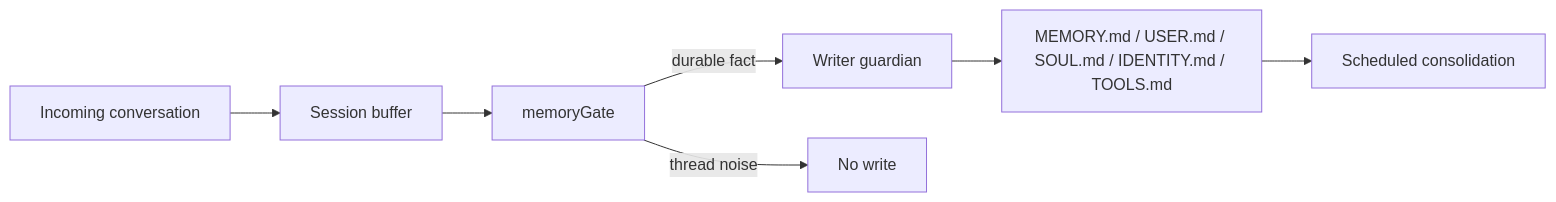
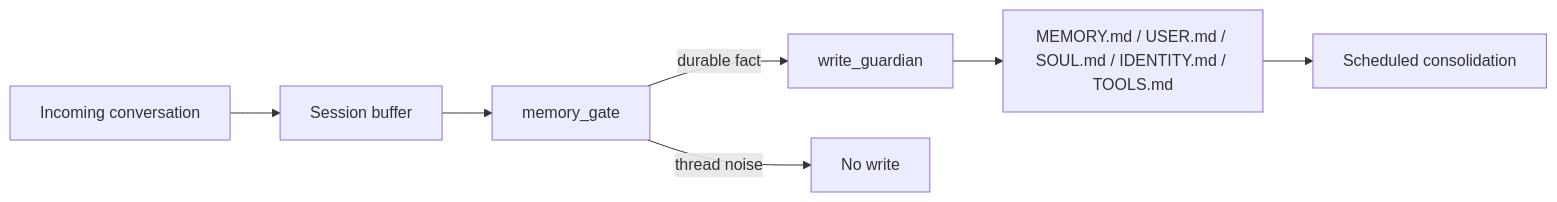
Before and after one commit to parkgogogo/openclaw-reflection: the diagram in README.md, drawn with Mermaid. The commit also changed other lines of this file and 43 other files, not shown here.

Commit message:
refactor: align memory_gate and write_guardian naming

````diff
--- a/README.md
+++ b/README.md
@@ -121,9 +117,9 @@
 ```mermaid
 flowchart LR
   A["Incoming conversation"] --> B["Session buffer"]
-  B --> C["memoryGate"]
-  C -->|durable fact| D["Writer guardian"]
+  B --> C["memory_gate"]
+  C -->|durable fact| D["write_guardian"]
   C -->|thread noise| E["No write"]
   D --> F["MEMORY.md / USER.md / SOUL.md / IDENTITY.md / TOOLS.md"]
   F --> G["Scheduled consolidation"]
 ```
````
